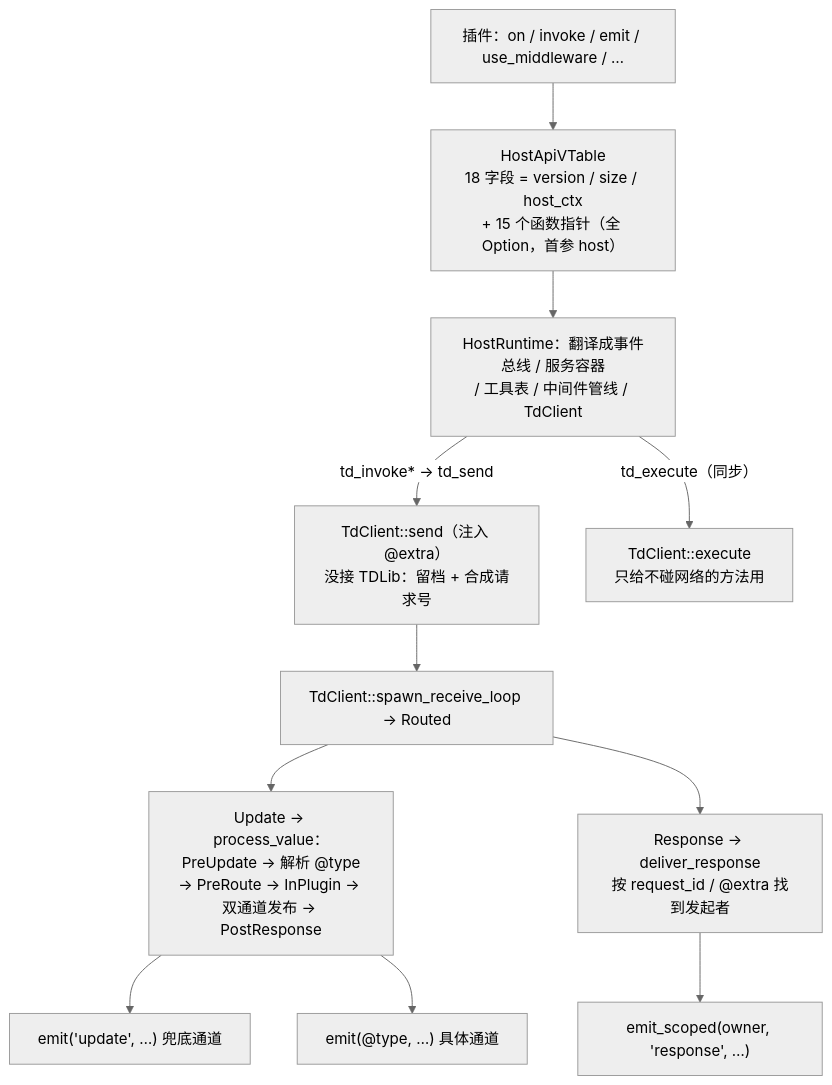
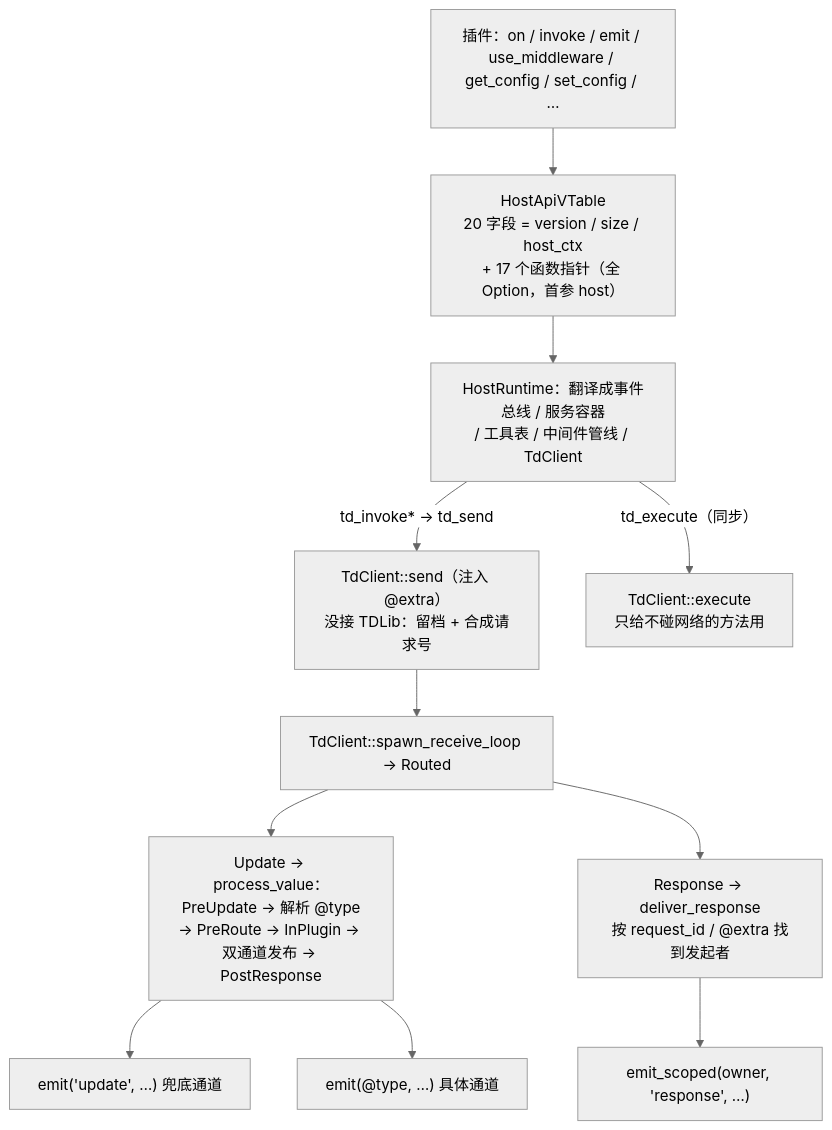
Before and after one commit to CatMoeCircle/FuyuBot-docs: the third of 5 diagrams in content/docs/dev/architecture.mdx, drawn with Mermaid (neutral theme). The commit also changed other lines of this file and 10 other files, not shown here.

````diff
--- a/content/docs/dev/architecture.mdx
+++ b/content/docs/dev/architecture.mdx
@@ -64,13 +64,13 @@
 ```mermaid
 graph TD
-  P["插件：on / invoke / emit / use_middleware / …"] --> V["HostApiVTable<br/>18 字段 = version / size / host_ctx<br/>+ 15 个函数指针（全 Option，首参 host）"]
+  P["插件：on / invoke / emit / use_middleware / get_config / set_config / …"] --> V["HostApiVTable<br/>20 字段 = version / size / host_ctx<br/>+ 17 个函数指针（全 Option，首参 host）"]
   V --> H["HostRuntime：翻译成事件总线 / 服务容器<br/>/ 工具表 / 中间件管线 / TdClient"]
   H -->|"td_invoke* → td_send"| S["TdClient::send（注入 @extra）<br/>没接 TDLib：留档 + 合成请求号"]
   H -->|"td_execute（同步）"| X["TdClient::execute<br/>只给不碰网络的方法用"]
   S --> L["TdClient::spawn_receive_loop → Routed"]
   L --> U["Update → process_value：PreUpdate → 解析 @type<br/>→ PreRoute → InPlugin → 双通道发布 → PostResponse"]
   U --> C1["emit('update', …) 兜底通道"]
   U --> C2["emit(@type, …) 具体通道"]
   L --> R["Response → deliver_response<br/>按 request_id / @extra 找到发起者"]
   R --> S2["emit_scoped(owner, 'response', …)"]
 ```
````
